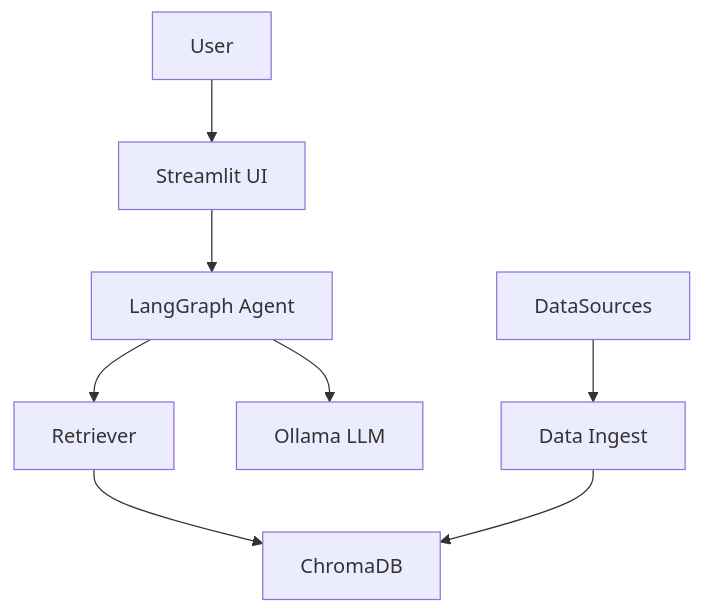
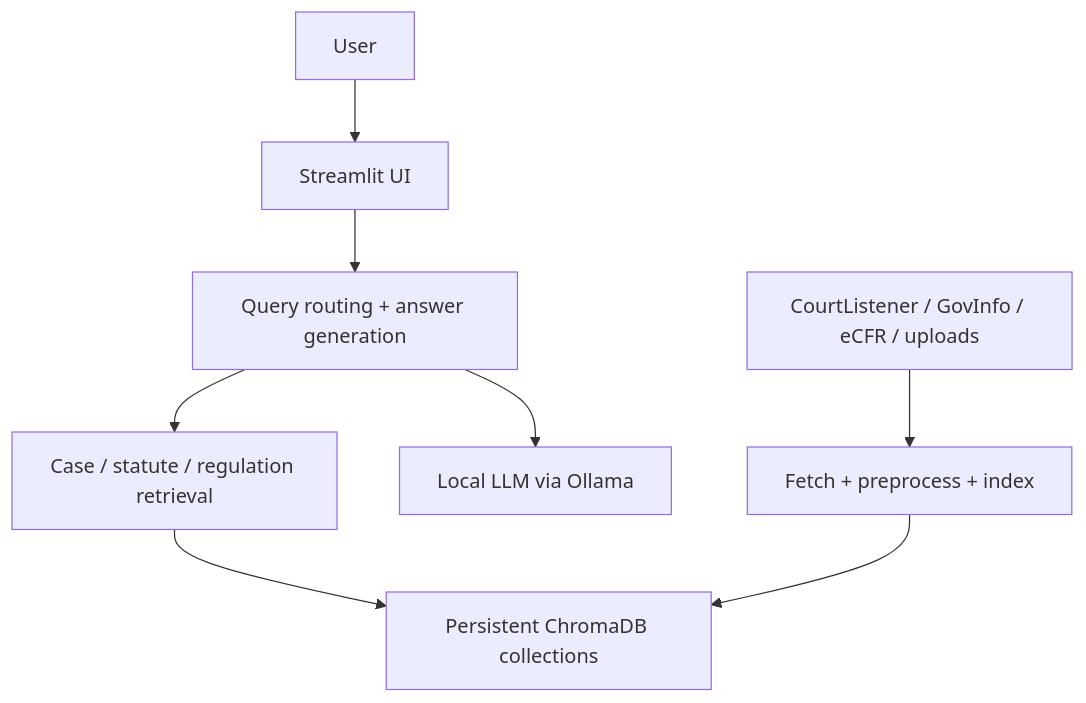
The diagram in README.md (jrmcmill/lexiq), drawn with Mermaid before and after one commit. The commit also changed other lines of this file and 24 other files, not shown here.

Commit message:
fix case ingestion, improve case retrieval and context, update README

````diff
--- a/README.md
+++ b/README.md
@@ -11,10 +17,10 @@
 ```mermaid
 flowchart TD
-  User --> UI[Streamlit UI]
-  UI --> Agent[LangGraph Agent]
-  Agent --> Retriever[Retriever]
-  Retriever --> Chroma[ChromaDB]
-  Agent --> Ollama[Ollama LLM]
-  DataSources --> Ingest[Data Ingest]
+  User --> Chat[Streamlit UI]
+  Chat --> Agent[Query routing + answer generation]
+  Agent --> Retriever[Case / statute / regulation retrieval]
+  Retriever --> Chroma[Persistent ChromaDB collections]
+  Agent --> Ollama[Local LLM via Ollama]
+  Data[CourtListener / GovInfo / eCFR / uploads] --> Ingest[Fetch + preprocess + index]
   Ingest --> Chroma
 ```
````
